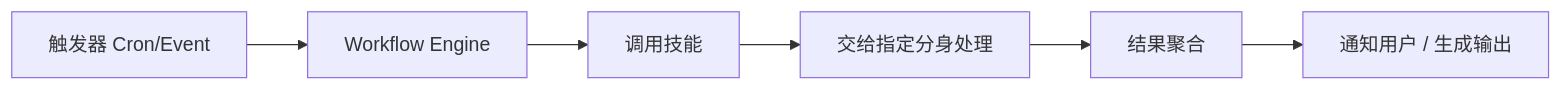
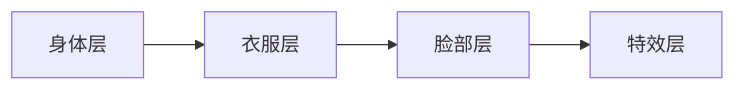
The second of 3 diagrams in Design/Phase4_扩展版_设计文档.md (Mingjiexiaojiu/MultiYou), drawn with Mermaid before and after one commit. The commit also changed other lines of this file and 16 other files, not shown here.

````diff
--- a/Design/Phase4_扩展版_设计文档.md
+++ b/Design/Phase4_扩展版_设计文档.md
@@ -353,8 +128,6 @@
 ```mermaid
 flowchart LR
-    A[触发器 Cron/Event] --> B[Workflow Engine]
-    B --> C[调用技能]
-    C --> D[交给指定分身处理]
-    D --> E[结果聚合]
-    E --> F[通知用户 / 生成输出]
+    Body[身体层] --> Clothes[衣服层]
+    Clothes --> Face[脸部层]
+    Face --> Effect[特效层]
 ```
````
